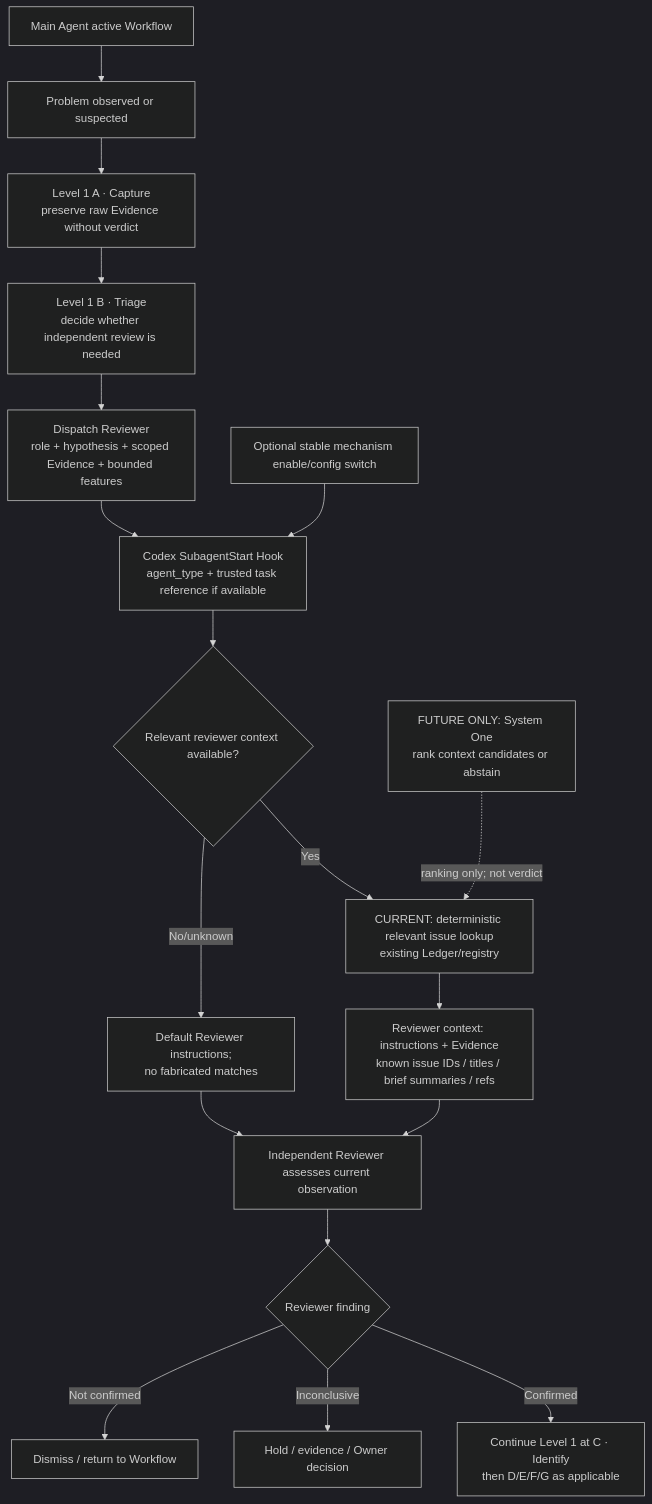
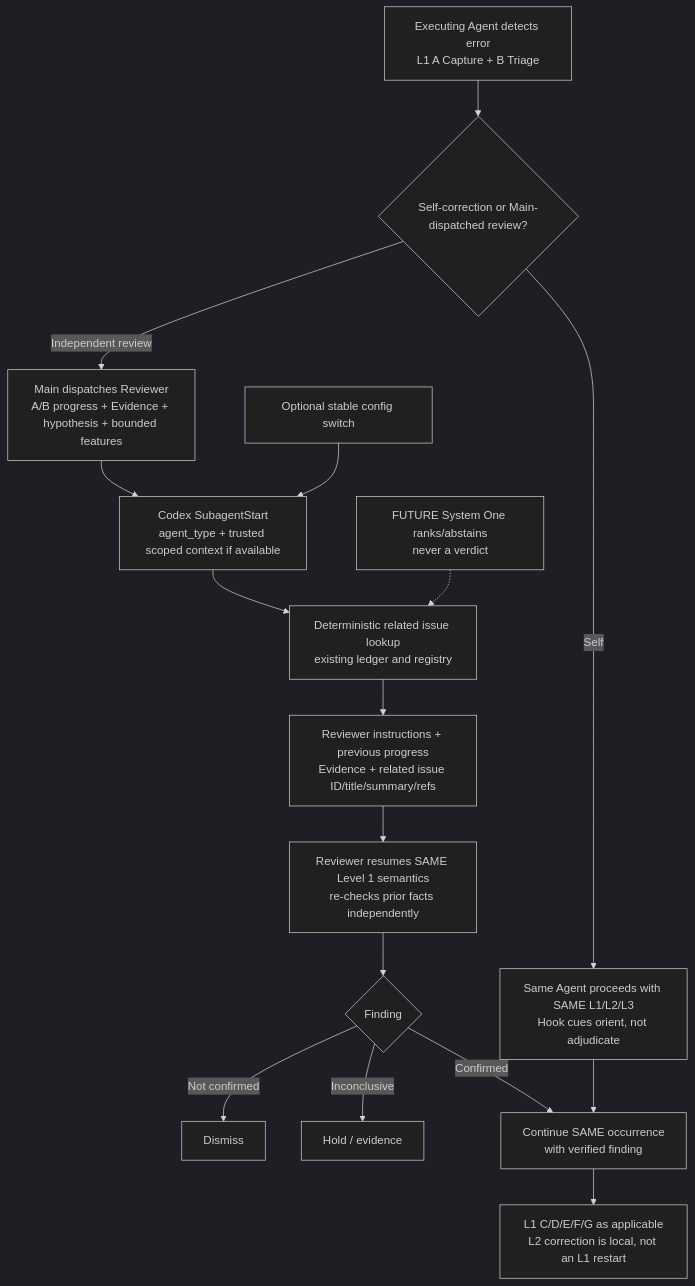
Before and after one commit to dyphn1/Harness-everything: the first of 3 diagrams in docs/discussions/error-hook-framework/codex.md, drawn with Mermaid (dark theme). The commit also changed other lines of this file, not shown here.

Commit message:
docs(hooks): unify self-correction and reviewer handoff onto same error-handling workflow (#439)

````diff
--- a/docs/discussions/error-hook-framework/codex.md
+++ b/docs/discussions/error-hook-framework/codex.md
@@ -17,20 +17,18 @@
 ```mermaid
 flowchart TD
-    M["Main Agent active Workflow"] --> SUS["Problem observed or suspected"]
-    SUS --> A["Level 1 A · Capture<br/>preserve raw Evidence without verdict"]
-    A --> B["Level 1 B · Triage<br/>decide whether independent review is needed"]
-    B --> DP["Dispatch Reviewer<br/>role + hypothesis + scoped Evidence + bounded features"]
-    DP --> HS["Codex SubagentStart Hook<br/>agent_type + trusted task reference if available"]
-    ENV["Optional stable mechanism enable/config switch"] --> HS
-    HS --> MATCH{"Relevant reviewer context available?"}
-    MATCH -->|No/unknown| STD["Default Reviewer instructions;<br/>no fabricated matches"]
-    MATCH -->|Yes| DET["CURRENT: deterministic relevant issue lookup<br/>existing Ledger/registry"]
-    DET --> SHORT["Reviewer context: instructions + Evidence<br/>known issue IDs / titles / brief summaries / refs"]
-    STD --> R["Independent Reviewer assesses current observation"]
-    SHORT --> R
-    F["FUTURE ONLY: System One<br/>rank context candidates or abstain"] -. "ranking only; not verdict" .-> DET
-    R --> OUT{"Reviewer finding"}
-    OUT -->|Not confirmed| DIS["Dismiss / return to Workflow"]
-    OUT -->|Inconclusive| HOLD["Hold / evidence / Owner decision"]
-    OUT -->|Confirmed| C["Continue Level 1 at C · Identify<br/>then D/E/F/G as applicable"]
+  EX["Executing Agent detects error<br/>L1 A Capture + B Triage"] --> OWN{"Self-correction or Main-dispatched review?"}
+  OWN -->|Self| SELF["Same Agent proceeds with SAME L1/L2/L3<br/>Hook cues orient, not adjudicate"]
+  OWN -->|Independent review| DP["Main dispatches Reviewer<br/>A/B progress + Evidence + hypothesis + bounded features"]
+  DP --> HS["Codex SubagentStart<br/>agent_type + trusted scoped context if available"]
+  ENV["Optional stable config switch"] --> HS
+  HS --> SELECT["Deterministic related issue lookup<br/>existing ledger and registry"]
+  S1["FUTURE System One ranks/abstains<br/>never a verdict"] -.-> SELECT
+  SELECT --> SHORT["Reviewer instructions + previous progress<br/>Evidence + related issue ID/title/summary/refs"]
+  SHORT --> REV["Reviewer resumes SAME Level 1 semantics<br/>re-checks prior facts independently"]
+  REV --> FIND{"Finding"}
+  FIND -->|Not confirmed| DIS["Dismiss"]
+  FIND -->|Inconclusive| HOLD["Hold / evidence"]
+  FIND -->|Confirmed| CONT["Continue SAME occurrence<br/>with verified finding"]
+  SELF --> CONT
+  CONT --> ACTION["L1 C/D/E/F/G as applicable<br/>L2 correction is local, not an L1 restart"]
 ```
````
